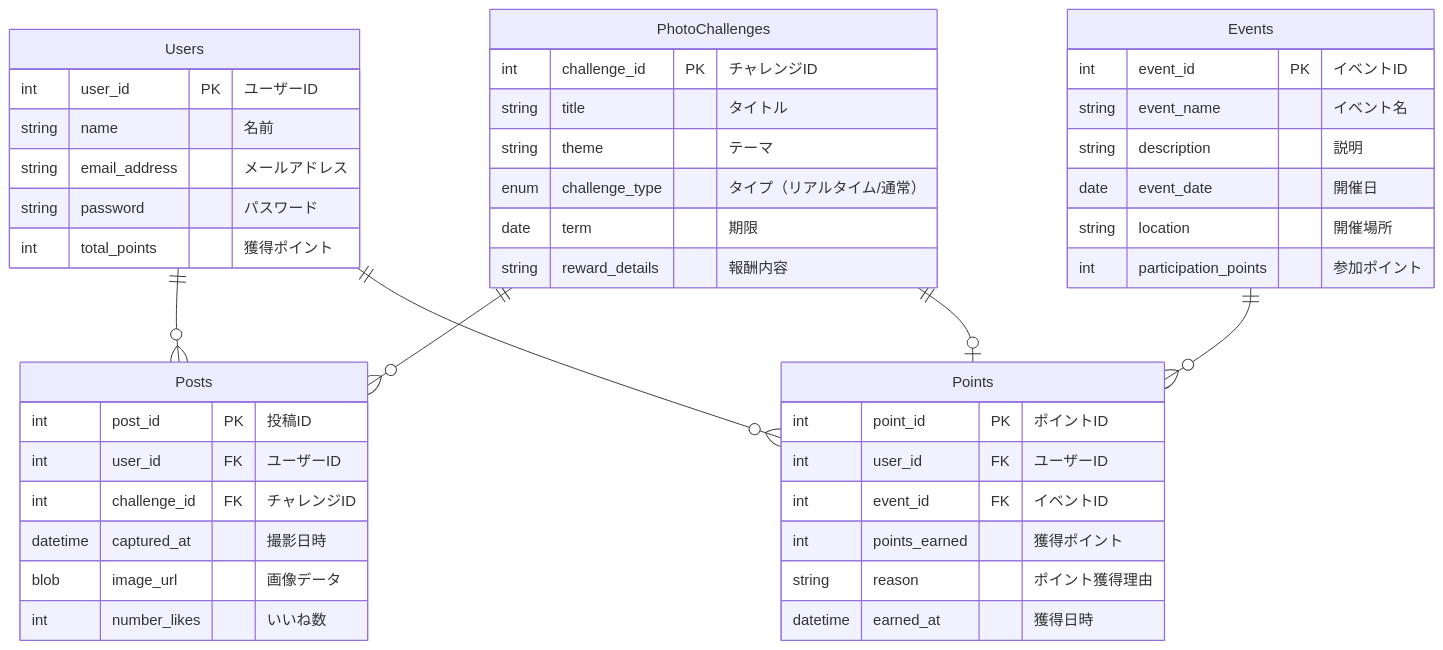
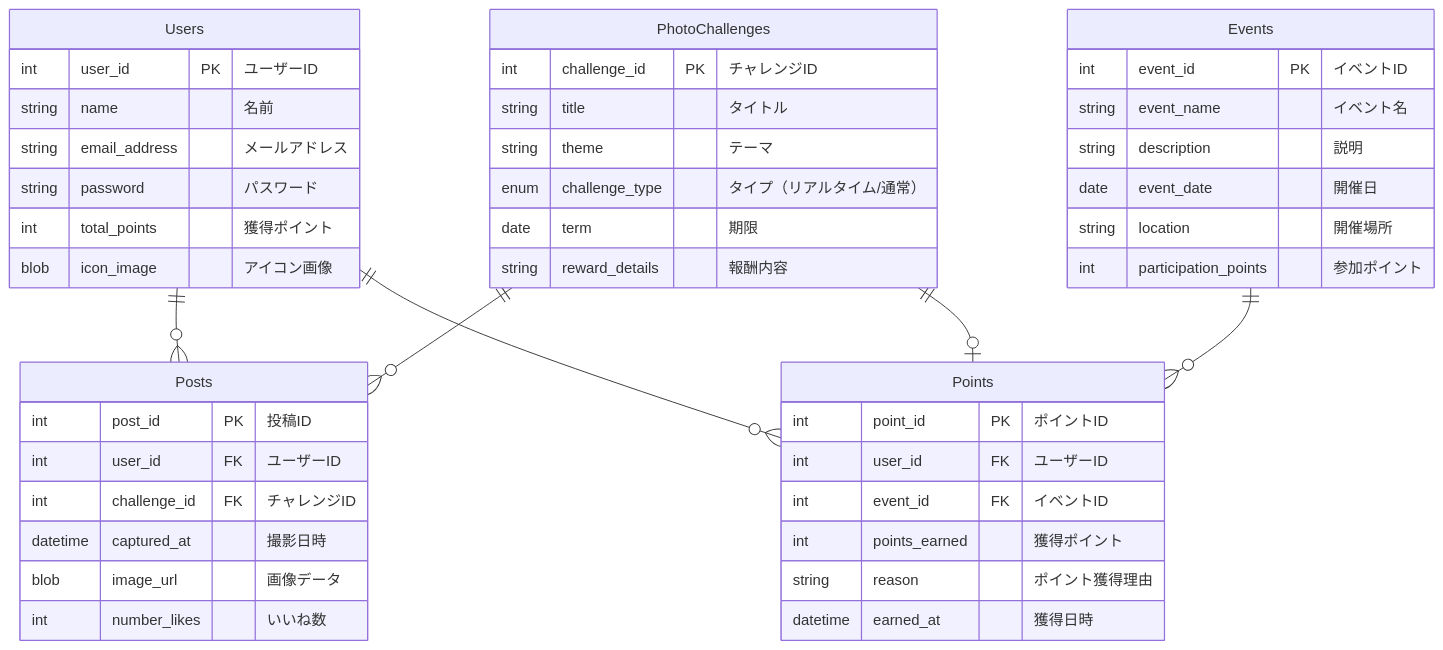
Before and after one commit to s1223takuma/shibuyasns: the diagram in README.md, drawn with Mermaid.

````diff
--- a/README.md
+++ b/README.md
@@ -1,52 +1,53 @@
 ```mermaid
 erDiagram
     Users ||--o{ Posts : ""
     Users ||--o{ Points : ""
     Events ||--o{ Points : ""
     PhotoChallenges ||--o{ Posts : ""
     PhotoChallenges ||--o| Points : ""
         
     Users {
         int user_id PK "ユーザーID"
         string name "名前"
         string email_address "メールアドレス"
         string password "パスワード"
         int total_points "獲得ポイント"
+        blob icon_image "アイコン画像"
     }
 
     Events {
         int event_id PK "イベントID"
         string event_name "イベント名"
         string description "説明"
         date event_date "開催日"
         string location "開催場所"
         int participation_points "参加ポイント"
     }
 
     PhotoChallenges {
         int challenge_id PK "チャレンジID"
         string title "タイトル"
         string theme "テーマ"
         enum challenge_type "タイプ（リアルタイム/通常）"
         date term "期限"
         string reward_details "報酬内容"
     }
 
     Posts {
         int post_id PK "投稿ID"
         int user_id FK "ユーザーID"
         int challenge_id FK "チャレンジID"
         datetime captured_at "撮影日時"
         blob image_url "画像データ"
         int number_likes "いいね数"
     }
 
     Points {
         int point_id PK "ポイントID"
         int user_id FK "ユーザーID"
         int event_id FK "イベントID"
         int points_earned "獲得ポイント"
         string reason "ポイント獲得理由"
         datetime earned_at "獲得日時"
     }
 ```
````
